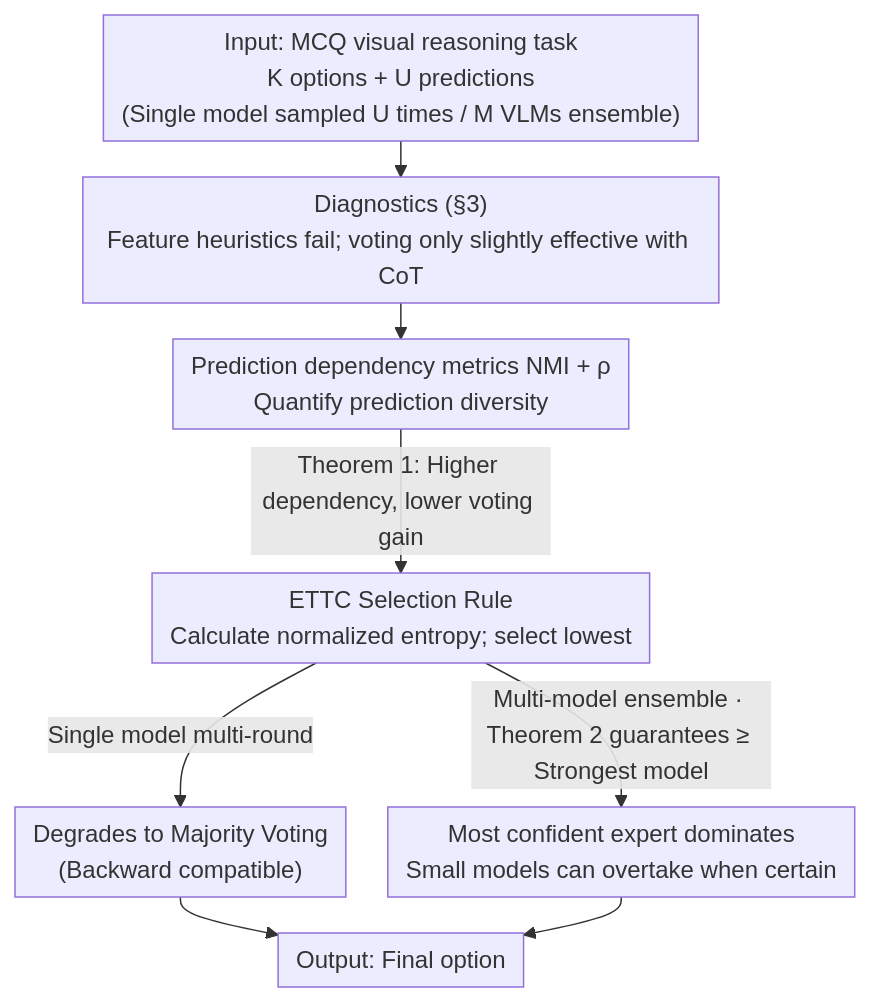
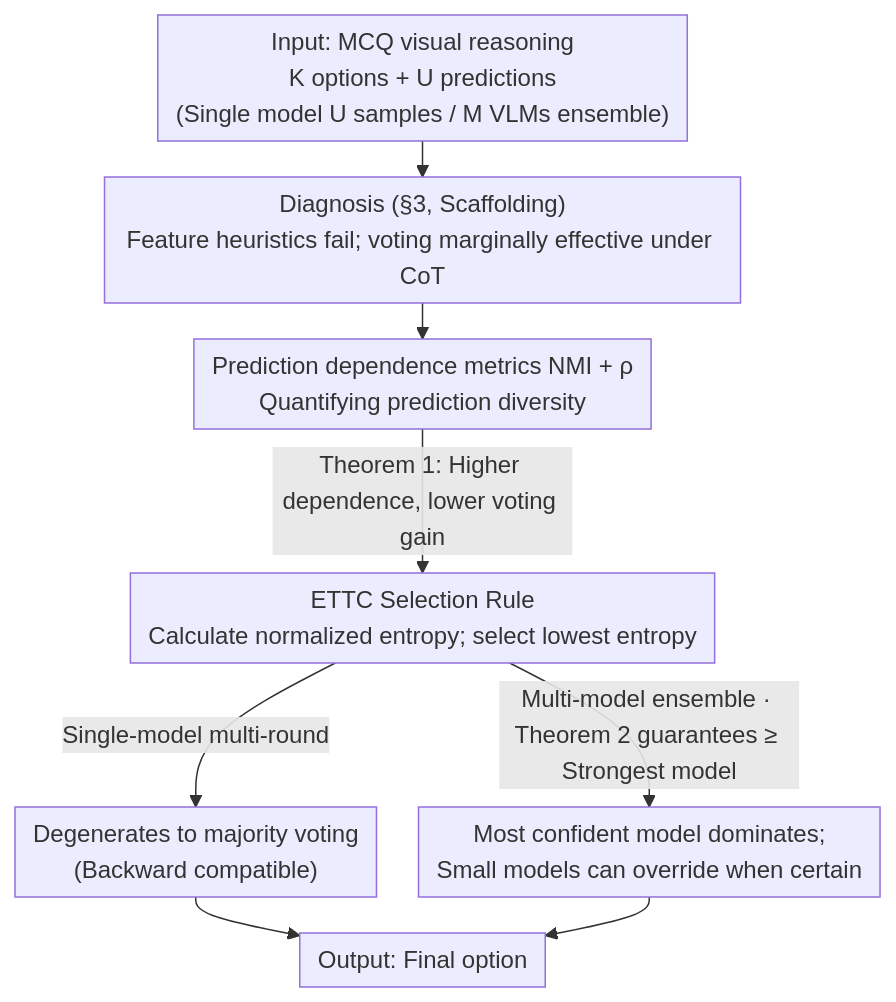
The diagram in docs/ICML2026/llm_reasoning/diversity_matters_revisiting_test-time_compute_in_vision-language_models.md (zhaoyang97/Paper-Notes-en), drawn with Mermaid before and after one commit. The commit also changed other lines of this file and 5084 other files, not shown here.

````diff
--- a/docs/ICML2026/llm_reasoning/diversity_matters_revisiting_test-time_compute_in_vision-language_models.md
+++ b/docs/ICML2026/llm_reasoning/diversity_matters_revisiting_test-time_compute_in_vision-language_models.md
@@ -43,11 +43,11 @@
 ```mermaid
 %%{init: {'flowchart': {'rankSpacing': 24, 'nodeSpacing': 28, 'padding': 6, 'wrappingWidth': 400}}}%%
 flowchart TD
-    A["Input: MCQ visual reasoning task<br/>K options + U predictions<br/>(Single model sampled U times / M VLMs ensemble)"] --> B["Diagnostics (§3)<br/>Feature heuristics fail; voting only slightly effective with CoT"]
-    B --> C["Prediction dependency metrics NMI + ρ<br/>Quantify prediction diversity"]
-    C -->|"Theorem 1: Higher dependency, lower voting gain"| D["ETTC Selection Rule<br/>Calculate normalized entropy; select lowest"]
-    D -->|"Single model multi-round"| E["Degrades to Majority Voting<br/>(Backward compatible)"]
-    D -->|"Multi-model ensemble · Theorem 2 guarantees ≥ Strongest model"| F["Most confident expert dominates<br/>Small models can overtake when certain"]
+    A["Input: MCQ visual reasoning<br/>K options + U predictions<br/>(Single model U samples / M VLMs ensemble)"] --> B["Diagnosis (§3, Scaffolding)<br/>Feature heuristics fail; voting marginally effective under CoT"]
+    B --> C["Prediction dependence metrics NMI + ρ<br/>Quantifying prediction diversity"]
+    C -->|"Theorem 1: Higher dependence, lower voting gain"| D["ETTC Selection Rule<br/>Calculate normalized entropy; select lowest entropy"]
+    D -->|"Single-model multi-round"| E["Degenerates to majority voting<br/>(Backward compatible)"]
+    D -->|"Multi-model ensemble · Theorem 2 guarantees ≥ Strongest model"| F["Most confident model dominates;<br/>Small models can override when certain"]
     E --> G["Output: Final option"]
     F --> G
 ```
````
